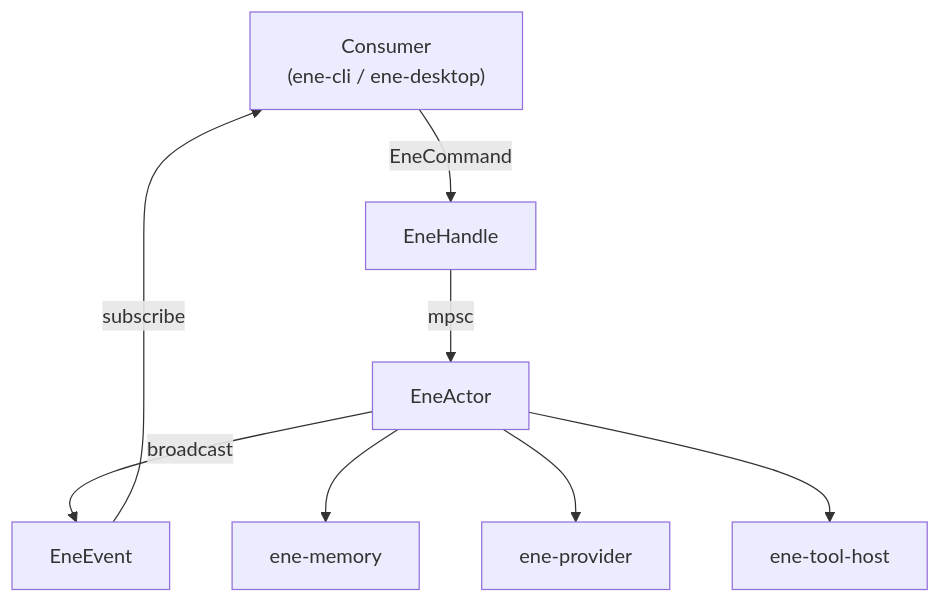
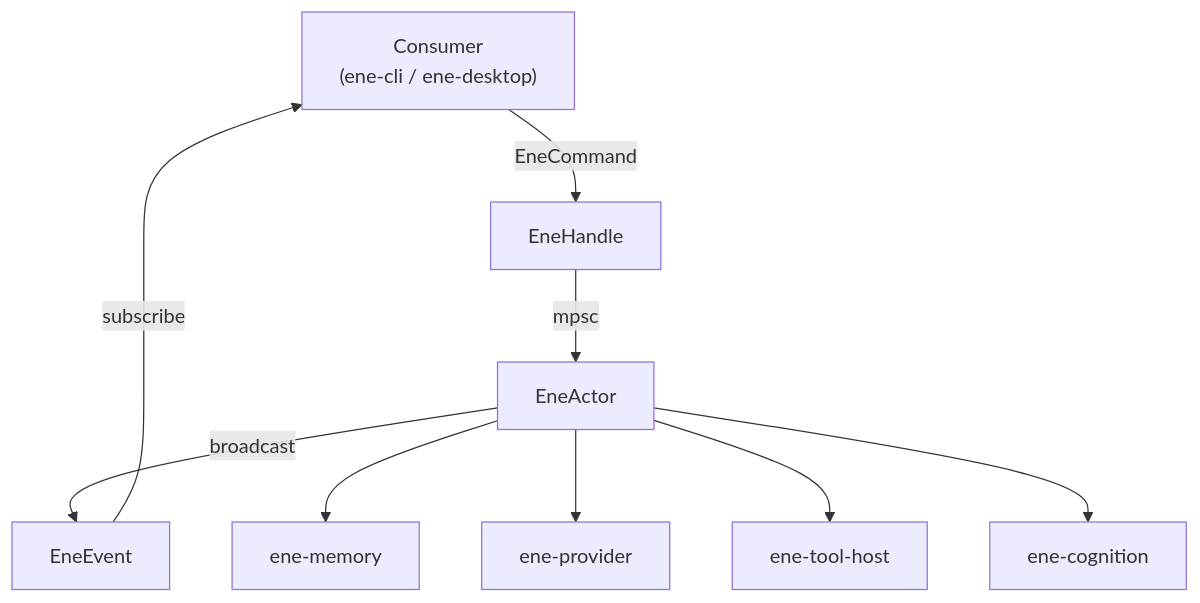
One commit to pexisgle/ene changed the first of 2 diagrams in docs/api/ene-core.md. Above: the diagram before and after it, drawn with Mermaid. The commit also changed other lines of this file and 64 other files, not shown here.

````diff
--- a/docs/api/ene-core.md
+++ b/docs/api/ene-core.md
@@ -14,10 +14,11 @@
 ```mermaid
 flowchart TD
     App["Consumer\n(ene-cli / ene-desktop)"] -->|EneCommand| Handle[EneHandle]
     Handle -->|mpsc| Actor[EneActor]
     Actor -->|broadcast| Events[EneEvent]
     Events -->|subscribe| App
     Actor --> Memory[ene-memory]
     Actor --> Provider[ene-provider]
     Actor --> ToolHost[ene-tool-host]
+    Actor --> Cognition[ene-cognition]
 ```
````
